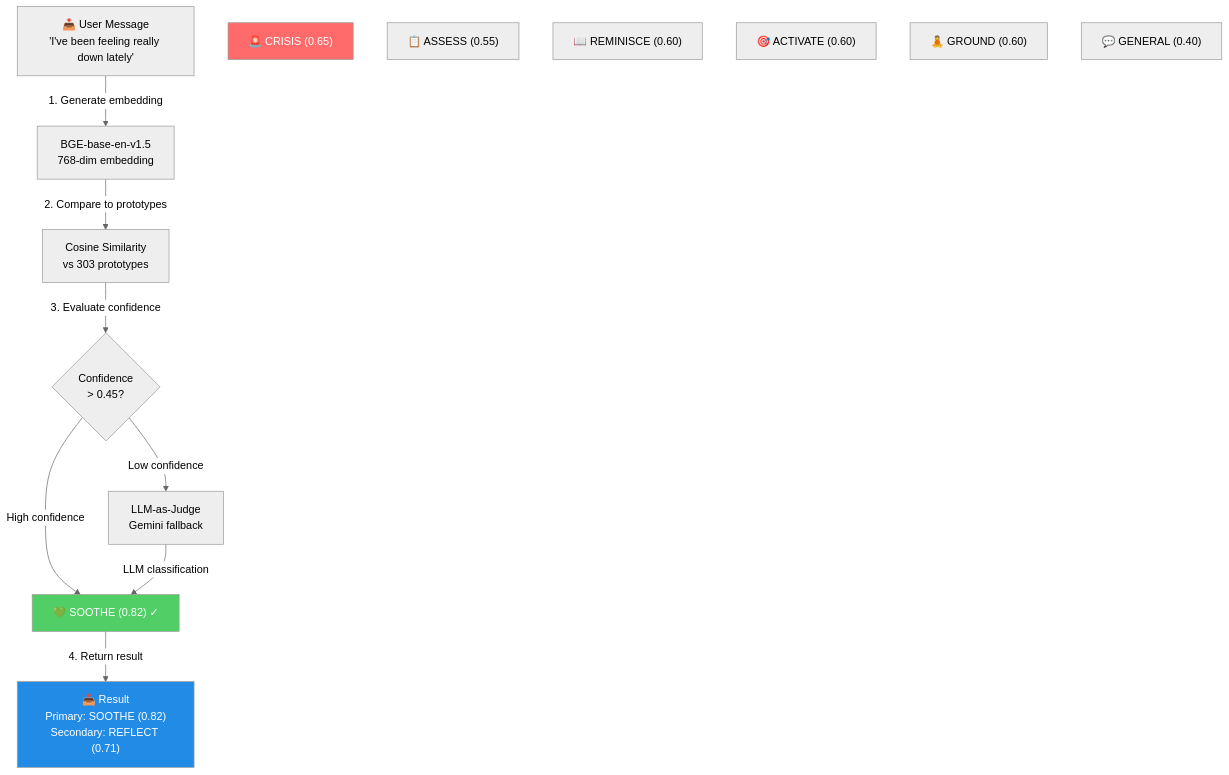
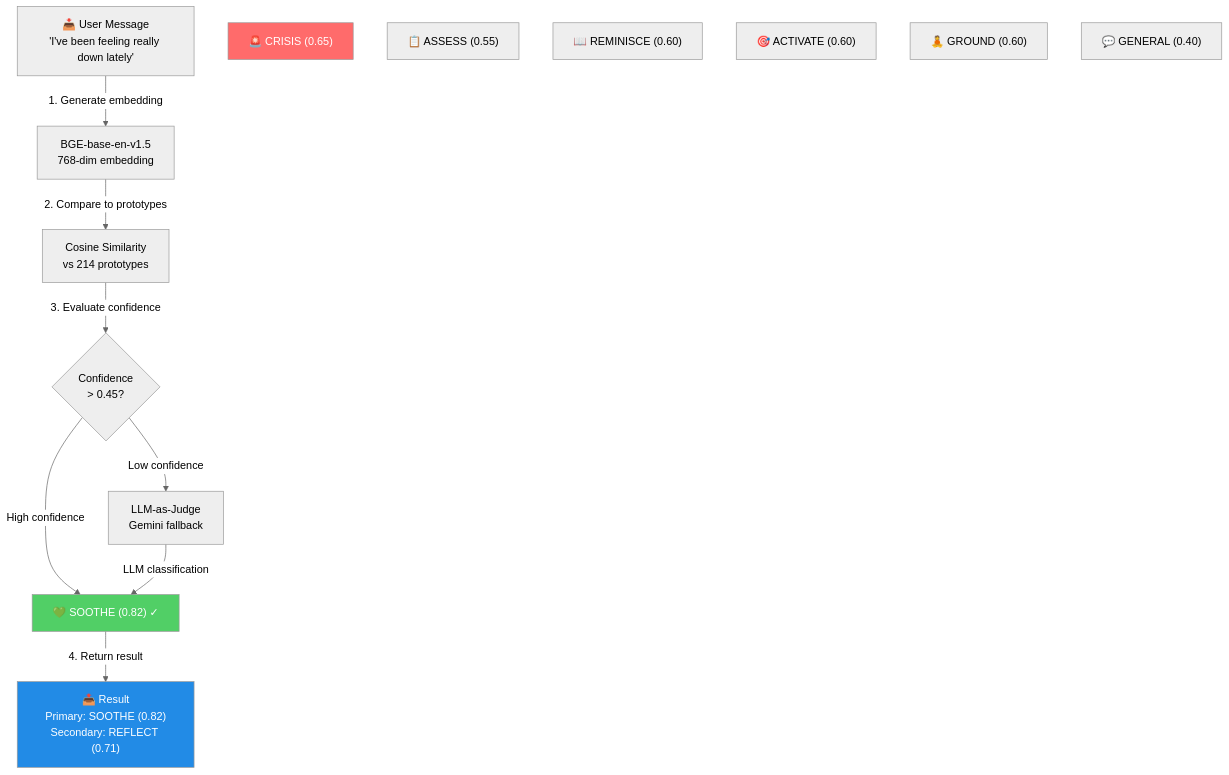
The seventh of 8 diagrams in docs/PROCESS_FLOW.md (asq-sheriff/SHOWCASE_REPO-Therapeutic_AI_Companion), drawn with Mermaid (neutral theme) before and after one commit. The commit also changed other lines of this file and 7 other files, not shown here.

First line of the commit message:
docs: Sync all documentation with current state and accelerated roadmap

````diff
--- a/docs/PROCESS_FLOW.md
+++ b/docs/PROCESS_FLOW.md
@@ -349,34 +347,34 @@
 ```mermaid
 flowchart TD
     A["📥 User Message<br/>'I've been feeling really down lately'"]
 
     B["BGE-base-en-v1.5<br/>768-dim embedding"]
 
-    C["Cosine Similarity<br/>vs 303 prototypes"]
+    C["Cosine Similarity<br/>vs 214 prototypes"]
 
     D{"Confidence<br/>> 0.45?"}
 
     E["LLM-as-Judge<br/>Gemini fallback"]
 
     F1["🚨 CRISIS (0.65)"]
     F2["📋 ASSESS (0.55)"]
     F3["📖 REMINISCE (0.60)"]
     F4["💚 SOOTHE (0.82) ✓"]
     F5["🎯 ACTIVATE (0.60)"]
     F6["🧘 GROUND (0.60)"]
     F7["💬 GENERAL (0.40)"]
 
     G["📤 Result<br/>Primary: SOOTHE (0.82)<br/>Secondary: REFLECT (0.71)"]
 
     A -->|"1. Generate embedding"| B
     B -->|"2. Compare to prototypes"| C
     C -->|"3. Evaluate confidence"| D
     D -->|"High confidence"| F4
     D -->|"Low confidence"| E
     E -->|"LLM classification"| F4
     F4 -->|"4. Return result"| G
 
     style F4 fill:#51cf66,color:#fff
     style F1 fill:#ff6b6b,color:#fff
     style G fill:#228be6,color:#fff
 ```
````
